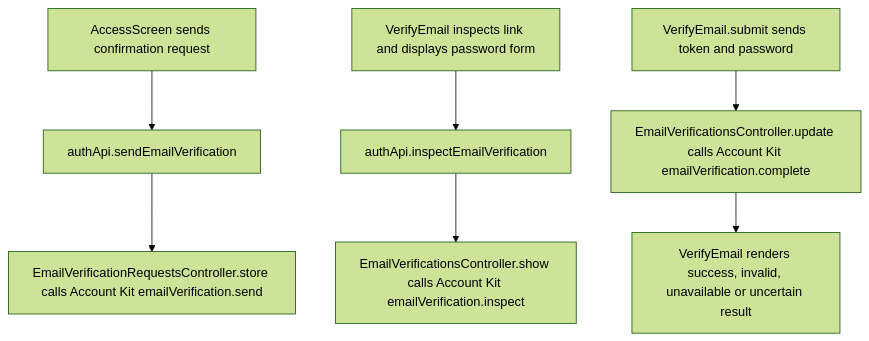
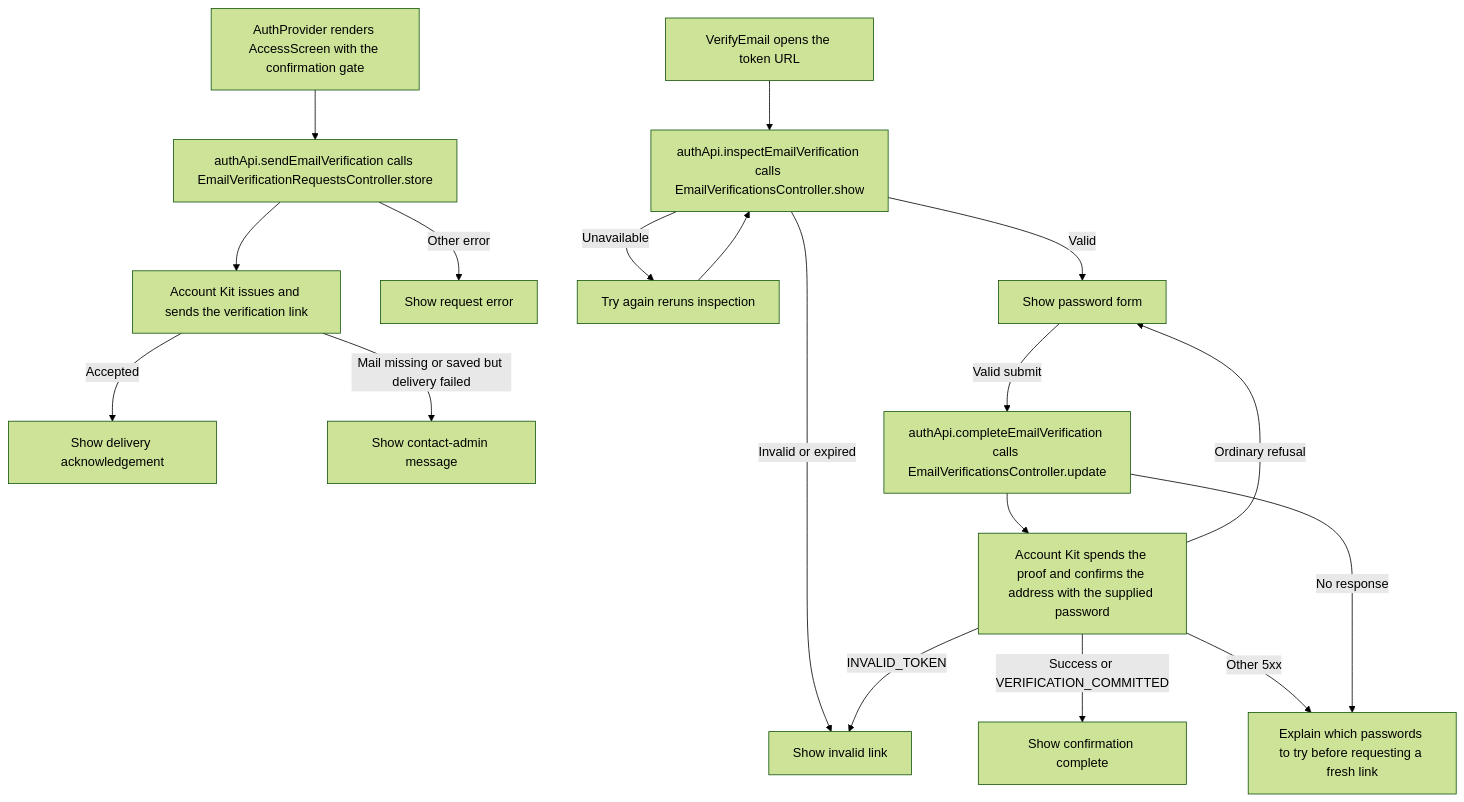
The second of 2 diagrams in user-stories/account/US-ACCOUNT-07-confirm-email.md (Kevinjohn/capacitylens), drawn with Mermaid (forest theme) before and after one commit. The commit also changed other lines of this file and 172 other files, not shown here.

Commit message:
docs: reconcile user story code flows with source

````diff
--- a/user-stories/account/US-ACCOUNT-07-confirm-email.md
+++ b/user-stories/account/US-ACCOUNT-07-confirm-email.md
@@ -35,9 +35,20 @@
 ```mermaid
 flowchart TD
-  access["AccessScreen sends confirmation request"] --> send["authApi.sendEmailVerification"]
-  send --> mail["EmailVerificationRequestsController.store calls Account Kit emailVerification.send"]
-  link["VerifyEmail inspects link and displays password form"] --> inspect["authApi.inspectEmailVerification"]
-  inspect --> kitInspect["EmailVerificationsController.show calls Account Kit emailVerification.inspect"]
-  form["VerifyEmail.submit sends token and password"] --> complete["EmailVerificationsController.update calls Account Kit emailVerification.complete"]
-  complete --> result["VerifyEmail renders success, invalid, unavailable or uncertain result"]
+  gate["AuthProvider renders AccessScreen with the confirmation gate"] --> send["authApi.sendEmailVerification calls EmailVerificationRequestsController.store"]
+  send --> kitMail["Account Kit issues and sends the verification link"]
+  kitMail -->|Accepted| sent["Show delivery acknowledgement"]
+  kitMail -->|Mail missing or saved but delivery failed| admin["Show contact-admin message"]
+  send -->|Other error| sendError["Show request error"]
+  link["VerifyEmail opens the token URL"] --> inspect["authApi.inspectEmailVerification calls EmailVerificationsController.show"]
+  inspect -->|Unavailable| retry["Try again reruns inspection"]
+  retry --> inspect
+  inspect -->|Invalid or expired| invalid["Show invalid link"]
+  inspect -->|Valid| form["Show password form"]
+  form -->|Valid submit| complete["authApi.completeEmailVerification calls EmailVerificationsController.update"]
+  complete --> kit["Account Kit spends the proof and confirms the address with the supplied password"]
+  kit -->|Success or VERIFICATION_COMMITTED| done["Show confirmation complete"]
+  kit -->|INVALID_TOKEN| invalid
+  kit -->|Ordinary refusal| form
+  kit -->|Other 5xx| uncertain["Explain which passwords to try before requesting a fresh link"]
+  complete -->|No response| uncertain
 ```
````
